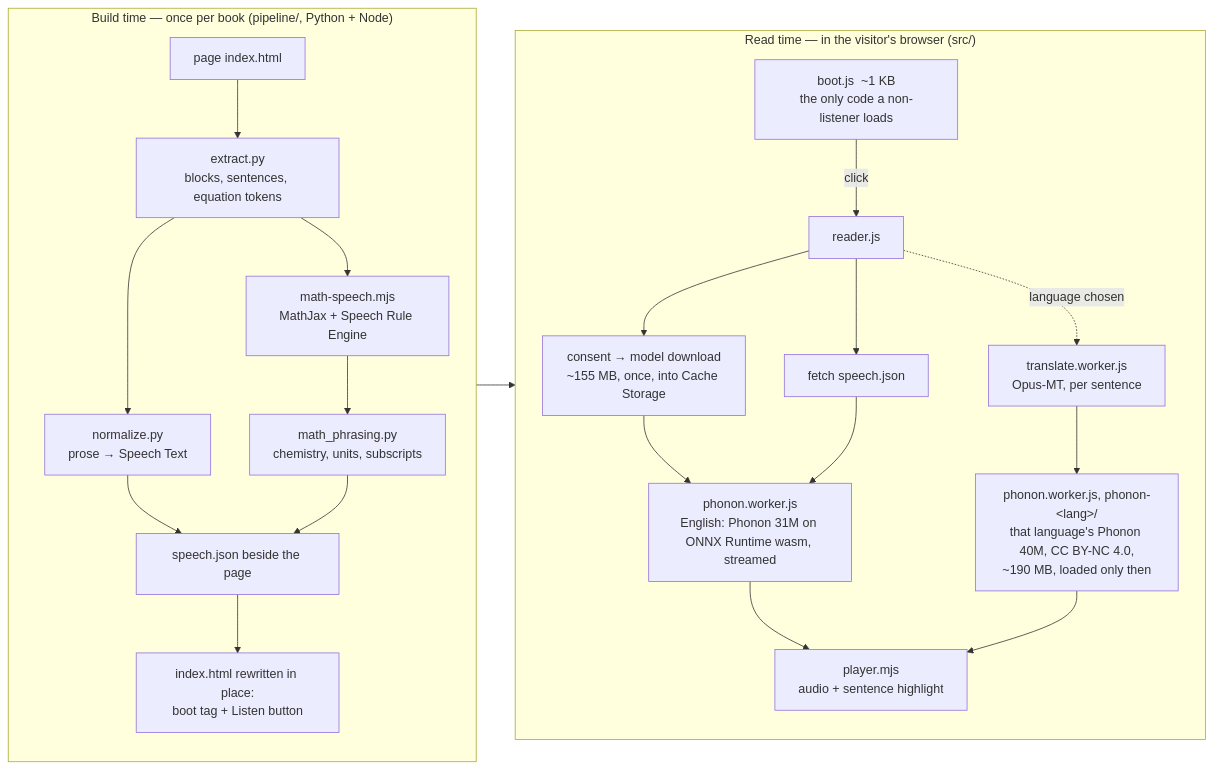
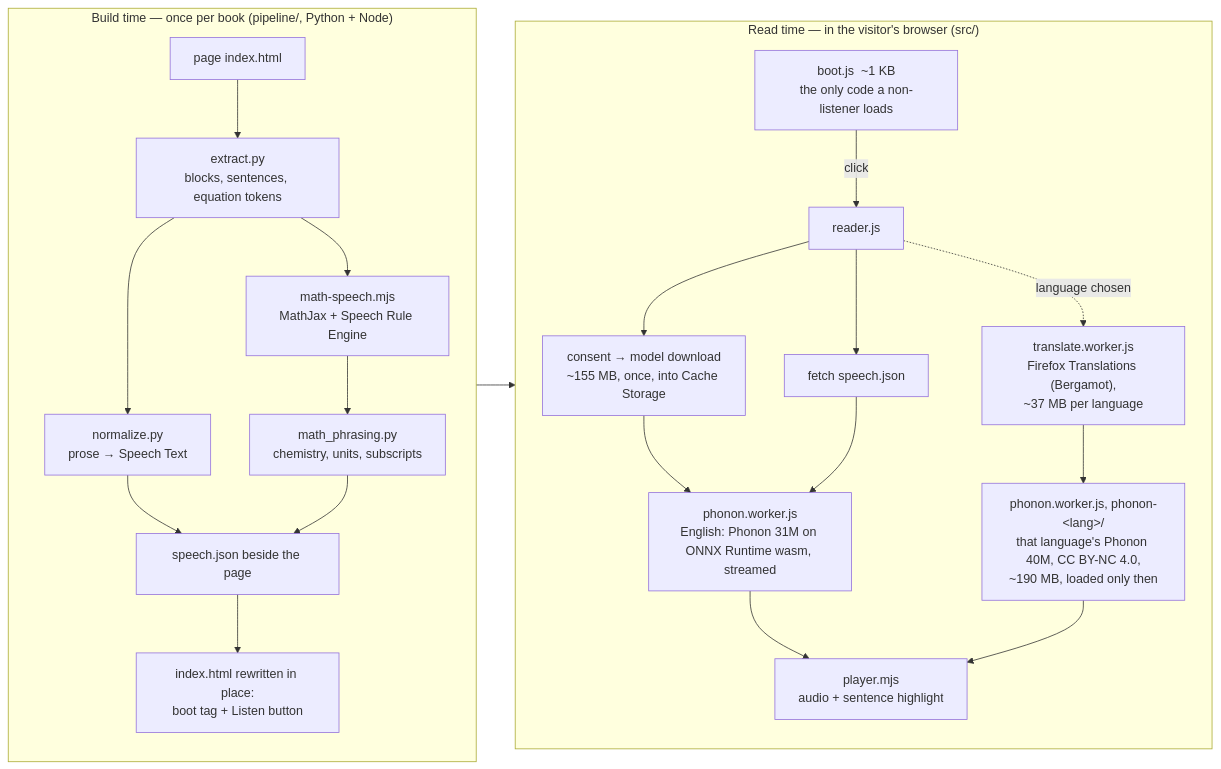
Before and after one commit to johnnyrobot/libretext-reader-web: the diagram in README.md, drawn with Mermaid. The commit also changed other lines of this file and 19 other files, not shown here.

First line of the commit message:
LT-255: translate with Firefox Translations on Mozilla's Bergamot engine

````diff
--- a/README.md
+++ b/README.md
@@ -67,26 +67,26 @@
 ```mermaid
 flowchart LR
   subgraph build["Build time — once per book (pipeline/, Python + Node)"]
     direction TB
     A[page index.html] --> B["extract.py<br/>blocks, sentences, equation tokens"]
     B --> C["normalize.py<br/>prose → Speech Text"]
     B --> D["math-speech.mjs<br/>MathJax + Speech Rule Engine"]
     D --> E["math_phrasing.py<br/>chemistry, units, subscripts"]
     C --> F[speech.json beside the page]
     E --> F
     F --> G["index.html rewritten in place:<br/>boot tag + Listen button"]
   end
   subgraph read["Read time — in the visitor's browser (src/)"]
     direction TB
     H["boot.js  ~1 KB<br/>the only code a non-listener loads"] -- click --> I[reader.js]
     I --> J["consent → model download<br/>~155 MB, once, into Cache Storage"]
     I --> K[fetch speech.json]
     J --> P["phonon.worker.js<br/>English: Phonon 31M on ONNX Runtime wasm, streamed"]
     K --> P
     P --> M["player.mjs<br/>audio + sentence highlight"]
-    I -. language chosen .-> N["translate.worker.js<br/>Opus-MT, per sentence"]
+    I -. language chosen .-> N["translate.worker.js<br/>Firefox Translations (Bergamot),<br/>~37 MB per language"]
     N --> L["phonon.worker.js, phonon-&lt;lang&gt;/<br/>that language's Phonon 40M, CC BY-NC 4.0,<br/>~190 MB, loaded only then"]
     L --> M
   end
   G --> H
 ```
````
